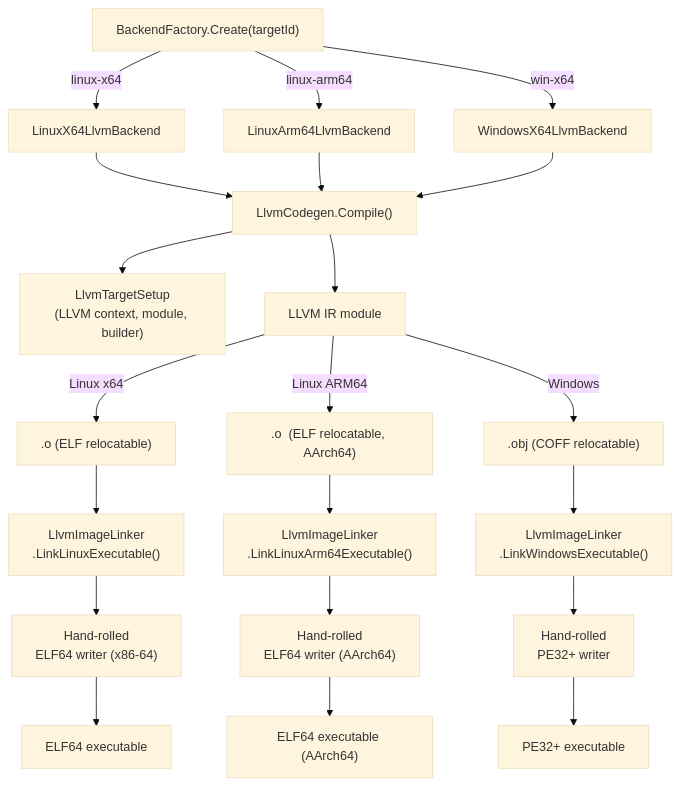
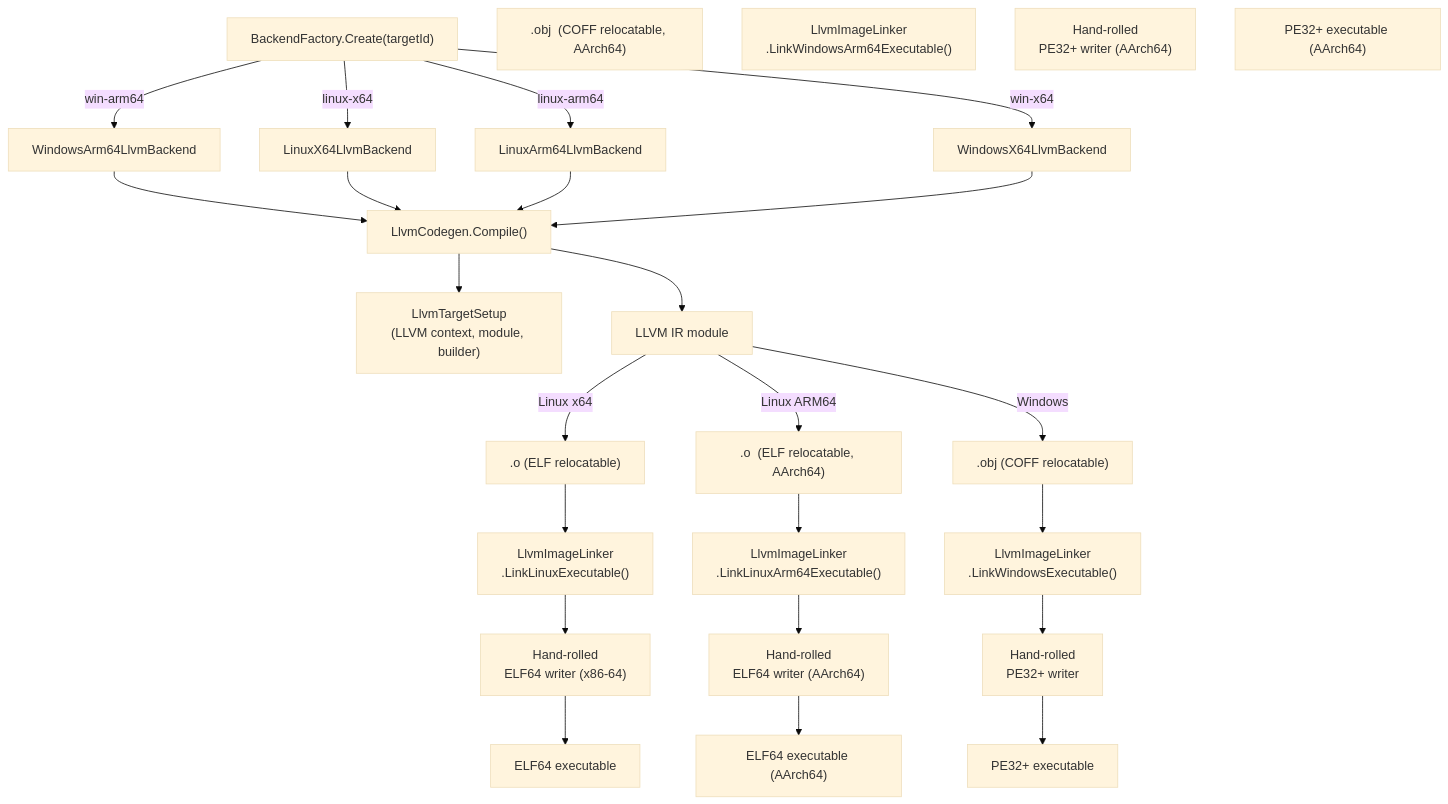
One commit to MattiasHognas/Ashes changed the third of 5 diagrams in docs/md/internals/architecture.md. Above: the diagram before and after it, drawn with Mermaid (base theme). The commit also changed other lines of this file and 35 other files, not shown here.

First line of the commit message:
Add win-arm64 (Windows on ARM64) as a compile target and host RID (#290)

````diff
--- a/docs/md/internals/architecture.md
+++ b/docs/md/internals/architecture.md
@@ -236,40 +236,47 @@
 ```mermaid
 flowchart TD
     Factory["BackendFactory.Create(targetId)"]
     Linux["LinuxX64LlvmBackend"]
     LinuxArm64["LinuxArm64LlvmBackend"]
     Windows["WindowsX64LlvmBackend"]
+    WindowsArm64["WindowsArm64LlvmBackend"]
     Codegen["LlvmCodegen.Compile()"]
     Setup["LlvmTargetSetup\n(LLVM context, module, builder)"]
     LLVMIR["LLVM IR module"]
     ObjLinux[".o  (ELF relocatable)"]
     ObjLinuxArm64[".o  (ELF relocatable, AArch64)"]
     ObjWindows[".obj  (COFF relocatable)"]
+    ObjWindowsArm64[".obj  (COFF relocatable, AArch64)"]
     LinkerLinux["LlvmImageLinker\n.LinkLinuxExecutable()"]
     LinkerLinuxArm64["LlvmImageLinker\n.LinkLinuxArm64Executable()"]
     LinkerWindows["LlvmImageLinker\n.LinkWindowsExecutable()"]
+    LinkerWindowsArm64["LlvmImageLinker\n.LinkWindowsArm64Executable()"]
     ElfWriter["Hand-rolled\nELF64 writer (x86-64)"]
     ElfArm64Writer["Hand-rolled\nELF64 writer (AArch64)"]
     PeWriter["Hand-rolled\nPE32+ writer"]
+    PeArm64Writer["Hand-rolled\nPE32+ writer (AArch64)"]
     ELF["ELF64 executable"]
     ELFArm64["ELF64 executable (AArch64)"]
     PE["PE32+ executable"]
+    PEArm64["PE32+ executable (AArch64)"]
 
     Factory -->|"linux-x64"| Linux
     Factory -->|"linux-arm64"| LinuxArm64
     Factory -->|"win-x64"| Windows
+    Factory -->|"win-arm64"| WindowsArm64
+    WindowsArm64 --> Codegen
     Linux --> Codegen
     LinuxArm64 --> Codegen
     Windows --> Codegen
     Codegen --> Setup
     Codegen --> LLVMIR
     LLVMIR -->|Linux x64| ObjLinux
     LLVMIR -->|Linux ARM64| ObjLinuxArm64
     LLVMIR -->|Windows| ObjWindows
     ObjLinux --> LinkerLinux
     ObjLinuxArm64 --> LinkerLinuxArm64
     ObjWindows --> LinkerWindows
     LinkerLinux --> ElfWriter --> ELF
     LinkerLinuxArm64 --> ElfArm64Writer --> ELFArm64
     LinkerWindows --> PeWriter --> PE
 ```
````
